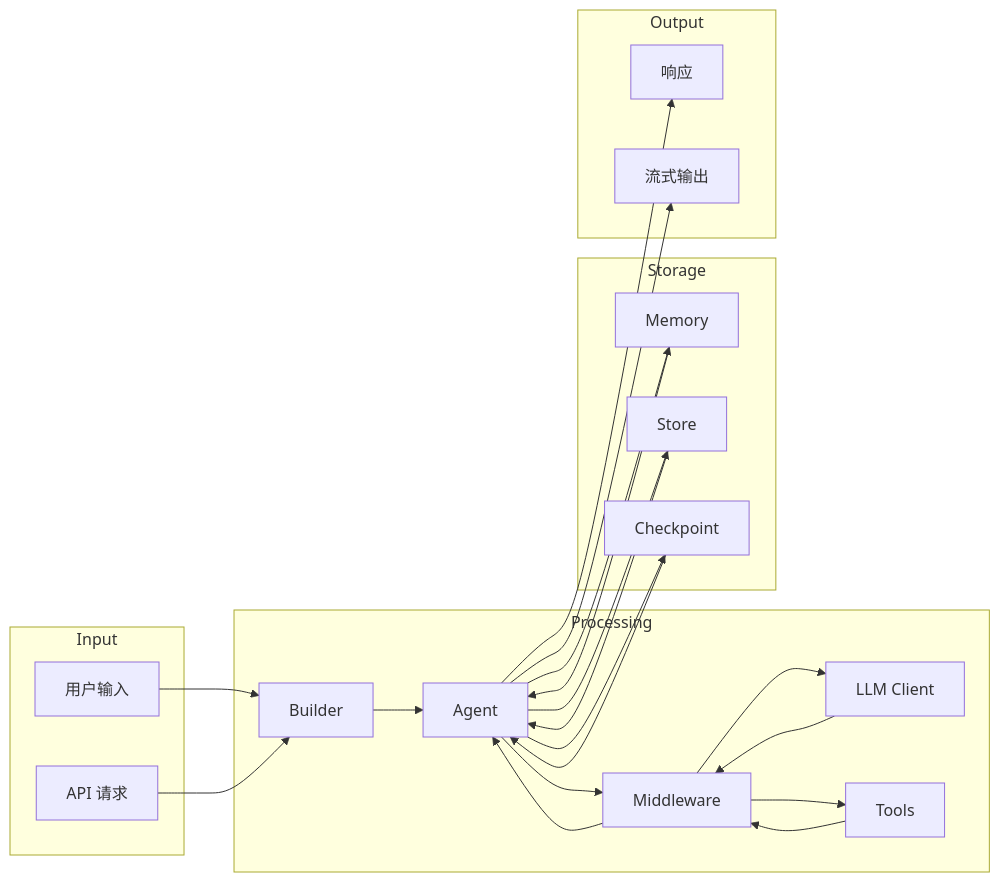
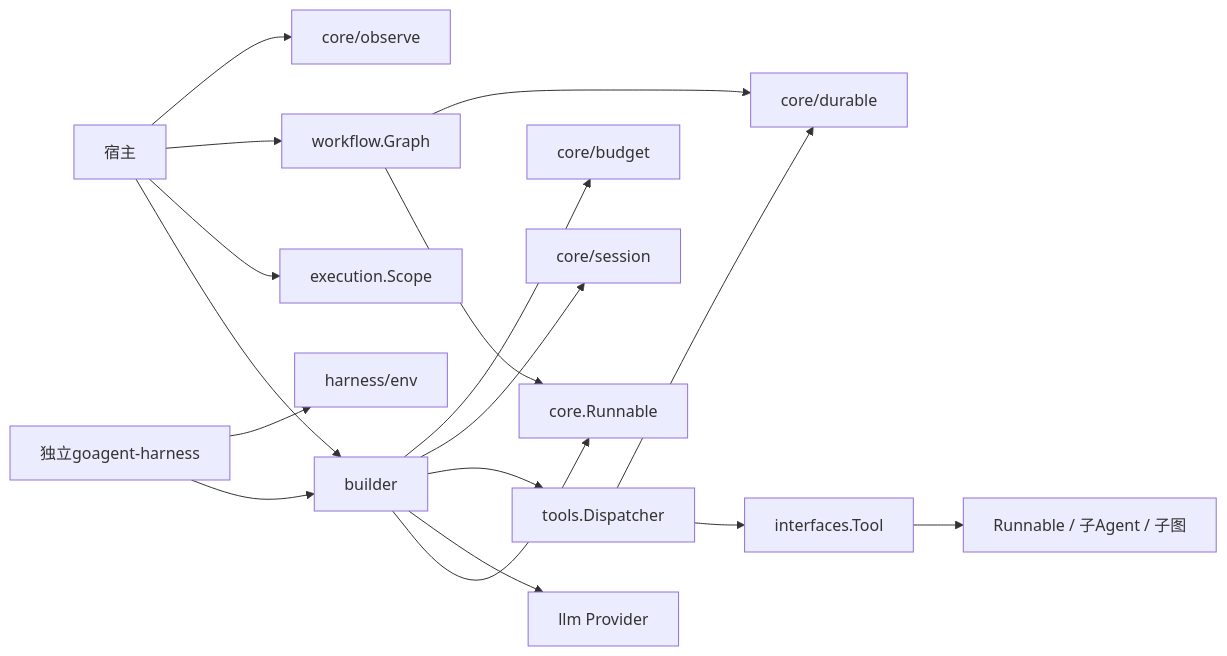
One commit to kart-io/goagent changed the first of 2 diagrams in docs/architecture/COMPONENT_DIAGRAM.md. Above: the diagram before and after it, drawn with Mermaid. The commit also changed other lines of this file and 20 other files, not shown here.

````diff
--- a/docs/architecture/COMPONENT_DIAGRAM.md
+++ b/docs/architecture/COMPONENT_DIAGRAM.md
@@ -627,44 +5,19 @@
 ```mermaid
 flowchart LR
-    subgraph Input
-        UI[用户输入]
-        API[API 请求]
-    end
-
-    subgraph Processing
-        B[Builder]
-        A[Agent]
-        MW[Middleware]
-        LLM[LLM Client]
-        T[Tools]
-    end
-
-    subgraph Storage
-        M[Memory]
-        S[Store]
-        CP[Checkpoint]
-    end
-
-    subgraph Output
-        R[响应]
-        ST[流式输出]
-    end
-
-    UI --> B
-    API --> B
-    B --> A
-    A --> MW
-    MW --> LLM
-    MW --> T
-    LLM --> MW
-    T --> MW
-    MW --> A
-    A --> M
-    A --> S
-    A --> CP
-    M --> A
-    S --> A
-    CP --> A
-    A --> R
-    A --> ST
+    App[宿主] --> Builder[builder]
+    App --> Scope[execution.Scope]
+    App --> Graph[workflow.Graph]
+    Builder --> Run[core.Runnable]
+    Graph --> Run
+    Builder --> LLM[llm Provider]
+    Builder --> Dispatcher[tools.Dispatcher]
+    Dispatcher --> Tool[interfaces.Tool]
+    Tool --> Child[Runnable / 子Agent / 子图]
+    Graph --> Durable[core/durable]
+    Dispatcher --> Durable
+    Builder --> Session[core/session]
+    Builder --> Budget[core/budget]
+    App --> Observe[core/observe]
+    Harness[独立goagent-harness] --> Builder
+    Harness --> Env[harness/env]
 ```
````
